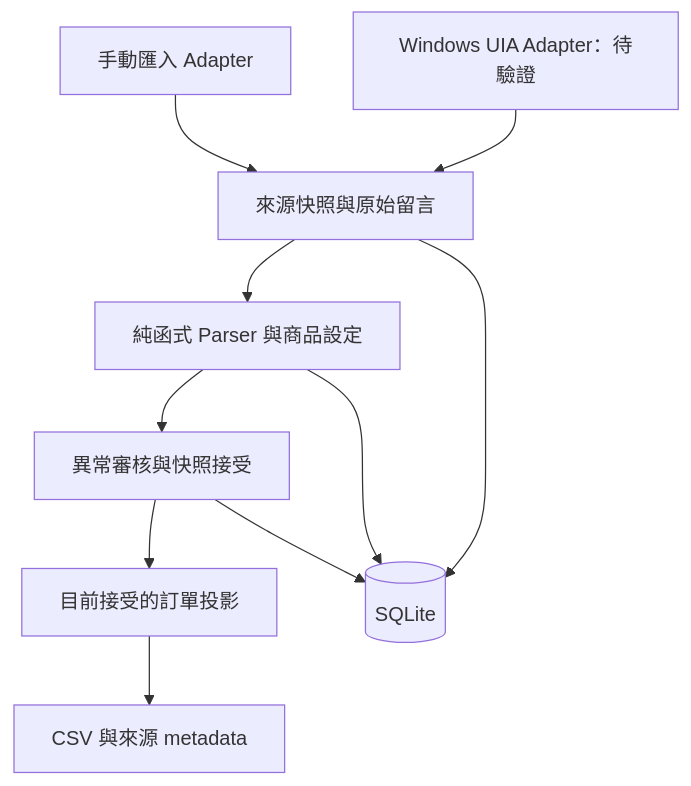
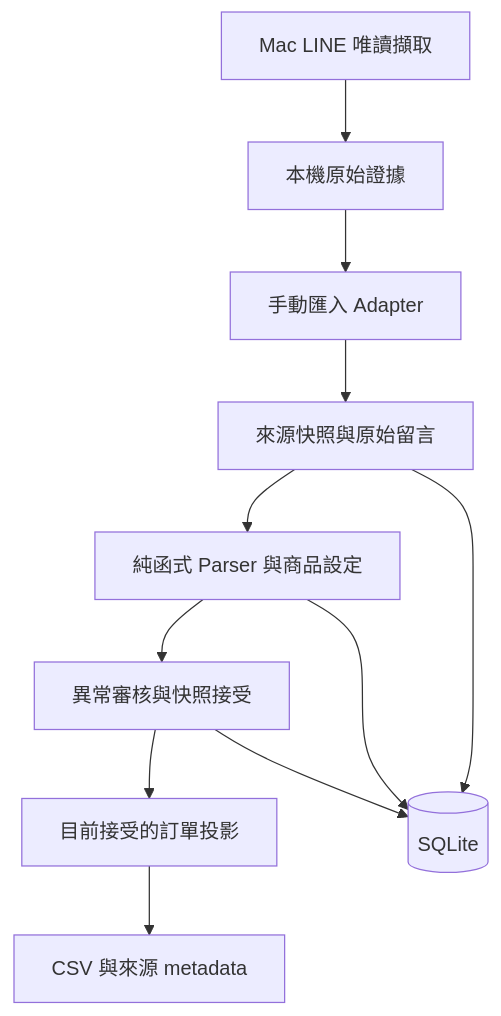
Before and after one commit to Gavin0099/line-note-order-sync: the diagram in docs/PLAN.md, drawn with Mermaid. The commit also changed other lines of this file and 33 other files, not shown here.

````diff
--- a/docs/PLAN.md
+++ b/docs/PLAN.md
@@ -21,12 +21,13 @@
 ```mermaid
 flowchart TD
     Manual[手動匯入 Adapter] --> Snapshot[來源快照與原始留言]
-    UIA[Windows UIA Adapter：待驗證] --> Snapshot
+    Capture[Mac LINE 唯讀擷取] --> Evidence[本機原始證據]
+    Evidence --> Manual
     Snapshot --> Parse[純函式 Parser 與商品設定]
     Parse --> Review[異常審核與快照接受]
     Review --> Projection[目前接受的訂單投影]
     Snapshot --> DB[(SQLite)]
     Parse --> DB
     Review --> DB
     Projection --> Export[CSV 與來源 metadata]
 ```
````
